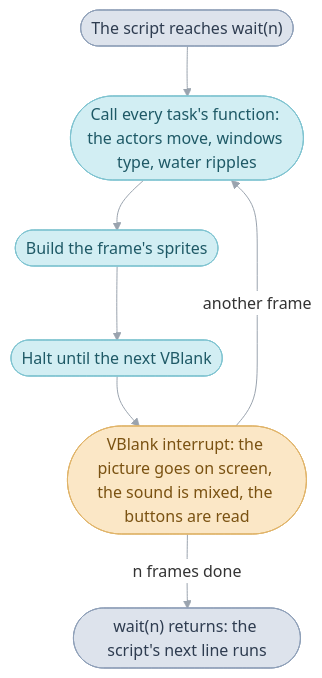
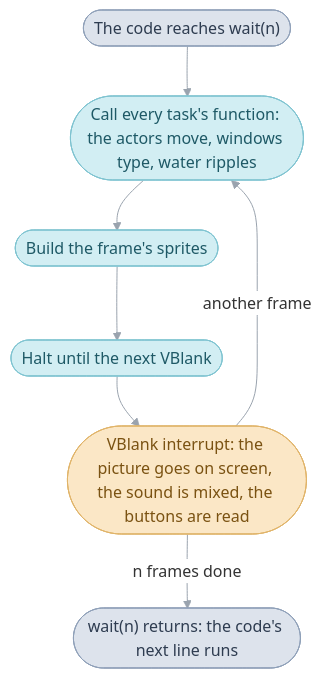
One commit to PascalPixel/alchemy changed the second of 3 diagrams in games/tbs/README.md. Above: the diagram before and after it, drawn with Mermaid. The commit also changed other lines of this file, not shown here.

First line of the commit message:
docs: "script" only for actor scripts on the front page

````diff
--- a/games/tbs/README.md
+++ b/games/tbs/README.md
@@ -72,16 +72,16 @@
 ```mermaid
 %%{init: {"theme": "base", "themeVariables": {"lineColor": "#9AA3AE", "edgeLabelBackground": "#FFFFFF"}, "flowchart": {"curve": "basis", "padding": 12}}}%%
 flowchart TD
-  call(["The script reaches wait(n)"]) --> tasks(["Call every task's function: the actors move, windows type, water ripples"])
+  call(["The code reaches wait(n)"]) --> tasks(["Call every task's function: the actors move, windows type, water ripples"])
   tasks --> sprites(["Build the frame's sprites"])
   sprites --> halt(["Halt until the next VBlank"])
   halt --> vblank(["VBlank interrupt: the picture goes on screen, the sound is mixed, the buttons are read"])
   vblank -- "another frame" --> tasks
-  vblank -- "n frames done" --> back(["wait(n) returns: the script's next line runs"])
+  vblank -- "n frames done" --> back(["wait(n) returns: the code's next line runs"])
   classDef code fill:#DDE3EC,stroke:#8FA0B8,color:#2E3C50
   classDef frame fill:#D2EEF3,stroke:#7FC3D0,color:#1E5966
   classDef hardware fill:#FBE7C6,stroke:#E0B46A,color:#7A5212
   class call,back code
   class tasks,sprites,halt frame
   class vblank hardware
 ```
````
